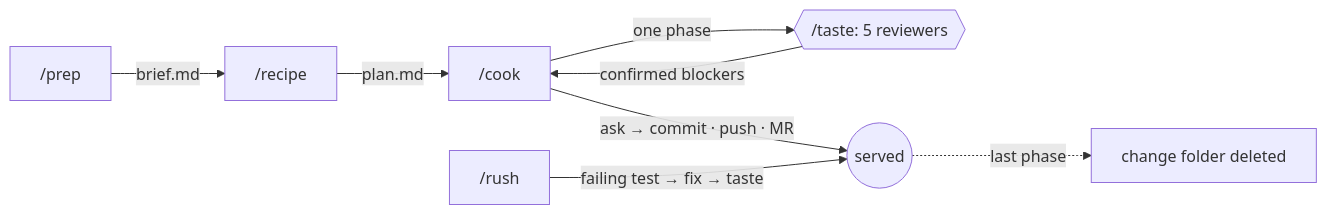
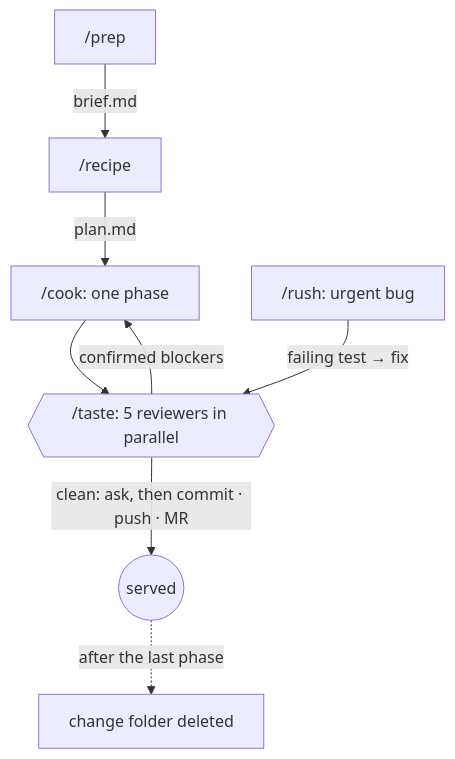
The diagram in README.md (MaTeS72/agent-workflow-kit), drawn with Mermaid before and after one commit. The commit also changed other lines of this file, not shown here.

Commit message:
docs: say where the history lives, add grade boundaries, redraw the workflow
- One sentence on the kit's origin: extracted from Meally's private repo,
  where the full history is.
- The A–D grades now state their score ranges.
- The workflow diagram is top-down, so its labels are readable in the README
  column, with a one-line text version for viewers that don't render Mermaid.

````diff
--- a/README.md
+++ b/README.md
@@ -32,10 +37,10 @@
 ```mermaid
-flowchart LR
+flowchart TD
     P["/prep"] -->|brief.md| R["/recipe"]
-    R -->|plan.md| C["/cook"]
-    C -->|one phase| T{{"/taste: 5 reviewers"}}
+    R -->|plan.md| C["/cook: one phase"]
+    C --> T{{"/taste: 5 reviewers in parallel"}}
     T -->|confirmed blockers| C
-    C -->|"ask → commit · push · MR"| S(("served"))
-    U["/rush"] -->|"failing test → fix → taste"| S
-    S -.->|last phase| X["change folder deleted"]
+    T -->|"clean: ask, then commit · push · MR"| S(("served"))
+    U["/rush: urgent bug"] -->|"failing test → fix"| T
+    S -.->|after the last phase| X["change folder deleted"]
 ```
````
